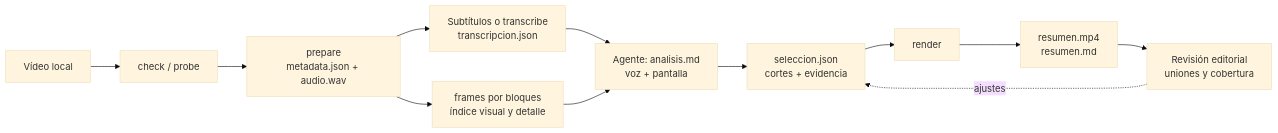
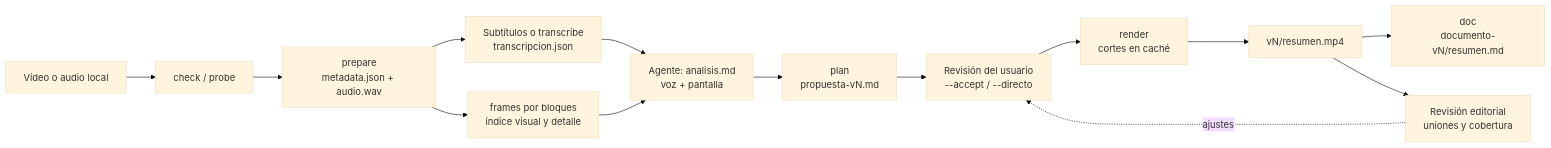
The diagram in docs/capacidades.md (captia-technology/RESUMEN-VIDEOS), drawn with Mermaid (base theme) before and after one commit. The commit also changed other lines of this file and 9 other files, not shown here.

````diff
--- a/docs/capacidades.md
+++ b/docs/capacidades.md
@@ -17,14 +23,16 @@
 ```mermaid
 flowchart LR
-    V[Vídeo local] --> C[check / probe]
+    V[Vídeo o audio local] --> C[check / probe]
     C --> P[prepare<br/>metadata.json + audio.wav]
     P --> T[Subtítulos o transcribe<br/>transcripcion.json]
     P --> F[frames por bloques<br/>índice visual y detalle]
     T --> A[Agente: analisis.md<br/>voz + pantalla]
     F --> A
-    A --> S[seleccion.json<br/>cortes + evidencia]
-    S --> R[render]
-    R --> O[resumen.mp4<br/>resumen.md]
+    A --> PL[plan<br/>propuesta-vN.md]
+    PL --> RV[Revisión del usuario<br/>--accept / --directo]
+    RV --> R[render<br/>cortes en caché]
+    R --> O[vN/resumen.mp4]
+    O --> D[doc<br/>documento-vN/resumen.md]
     O --> E[Revisión editorial<br/>uniones y cobertura]
-    E -. ajustes .-> S
+    E -. ajustes .-> RV
 ```
````
